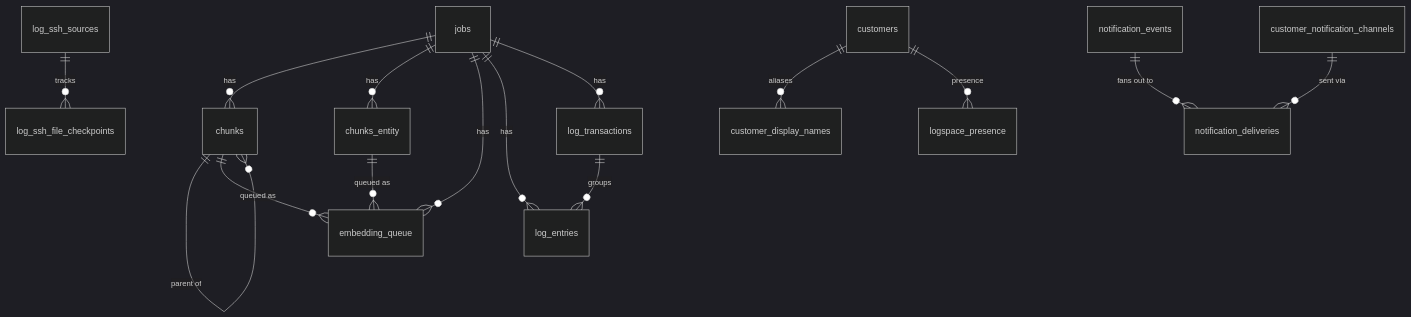
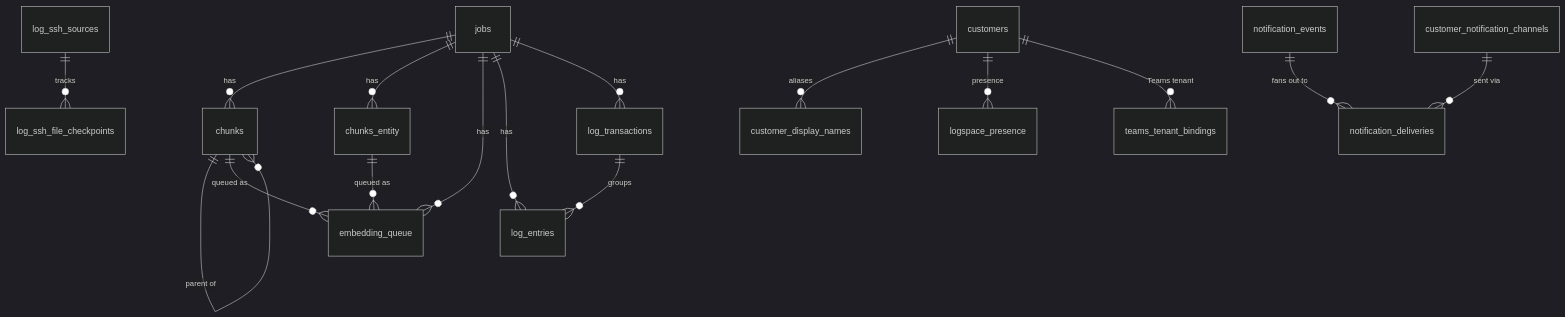
The first of 12 diagrams in docs/database-er-diagram.md (eamtalu/RAG-PipeLine), drawn with Mermaid (dark theme) before and after one commit. The commit also changed other lines of this file and 25 other files, not shown here.

First line of the commit message:
Teams bot: tenant bindings, conversation memory, SQS consumer (chunks 121-123)

````diff
--- a/docs/database-er-diagram.md
+++ b/docs/database-er-diagram.md
@@ -50,22 +50,23 @@
 ```mermaid
 erDiagram
     jobs ||--o{ chunks : "has"
     jobs ||--o{ chunks_entity : "has"
     jobs ||--o{ embedding_queue : "has"
     jobs ||--o{ log_entries : "has"
     jobs ||--o{ log_transactions : "has"
 
     chunks ||--o{ chunks : "parent of"
     chunks ||--o{ embedding_queue : "queued as"
     chunks_entity ||--o{ embedding_queue : "queued as"
 
     log_transactions ||--o{ log_entries : "groups"
 
     log_ssh_sources ||--o{ log_ssh_file_checkpoints : "tracks"
 
     customers ||--o{ customer_display_names : "aliases"
     customers ||--o{ logspace_presence : "presence"
+    customers ||--o{ teams_tenant_bindings : "Teams tenant"
 
     notification_events ||--o{ notification_deliveries : "fans out to"
     customer_notification_channels ||--o{ notification_deliveries : "sent via"
 ```
````
